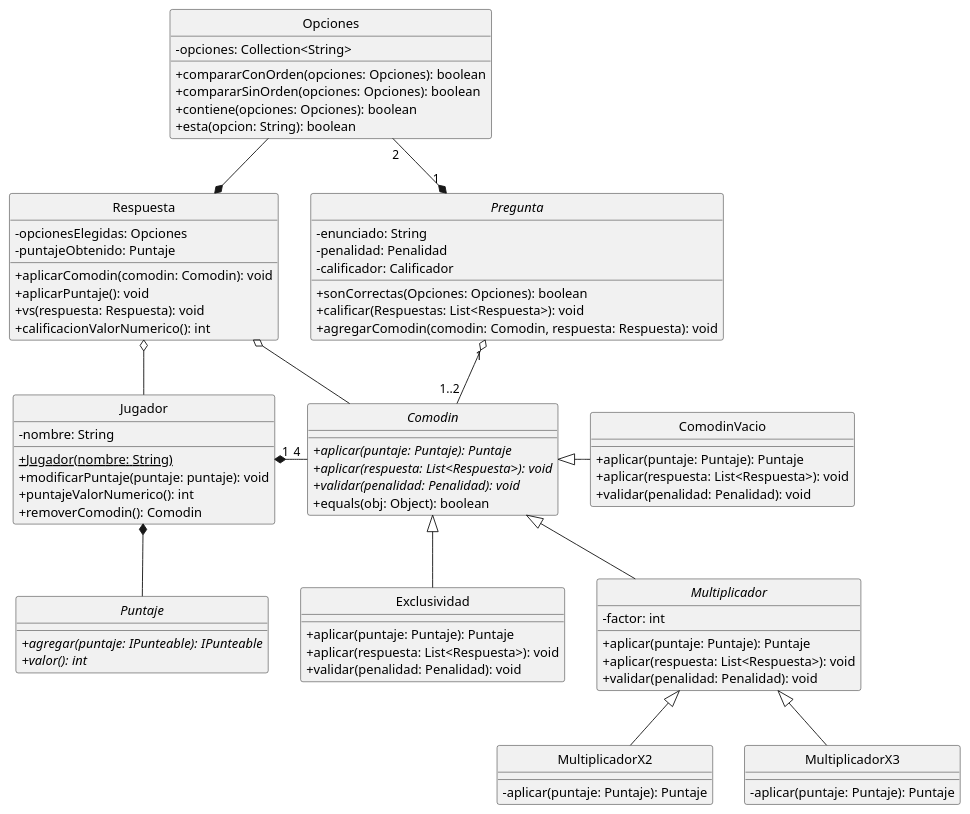
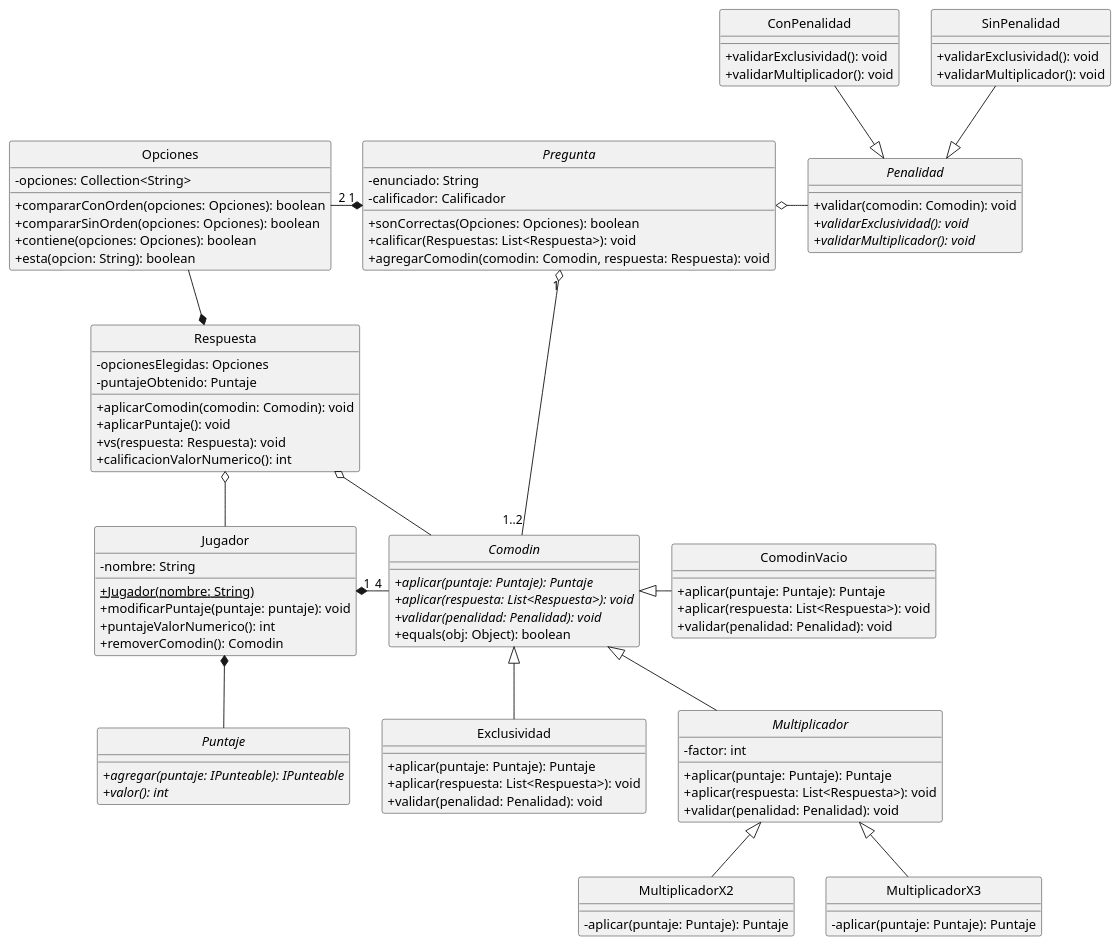
One commit to Alex1161/TP2 changed the diagram in src/main/java/edu/fiuba/algo3/Diagramas/puml/Comodines.puml. Above: the diagram before and after it, drawn with PlantUML.

Commit message:
Diagrama de clases de comodines terminado

```diff
--- a/src/main/java/edu/fiuba/algo3/Diagramas/puml/Comodines.puml
+++ b/src/main/java/edu/fiuba/algo3/Diagramas/puml/Comodines.puml
@@ -1,95 +1,115 @@
 @startuml
 hide circle
 skinparam classAttributeIconSize 0
 
 'Clases
 Class Opciones{
     -opciones: Collection<String>
     +compararConOrden(opciones: Opciones): boolean
     +compararSinOrden(opciones: Opciones): boolean
     +contiene(opciones: Opciones): boolean
     +esta(opcion: String): boolean
 }
 
 Abstract Class Pregunta{
     -enunciado: String
-    -penalidad: Penalidad
     -calificador: Calificador
     +sonCorrectas(Opciones: Opciones): boolean
     +calificar(Respuestas: List<Respuesta>): void
     +agregarComodin(comodin: Comodin, respuesta: Respuesta): void
 }
 
 Class Respuesta{
     -opcionesElegidas: Opciones
     -puntajeObtenido: Puntaje
     +aplicarComodin(comodin: Comodin): void
     +aplicarPuntaje(): void
     +vs(respuesta: Respuesta): void
     +calificacionValorNumerico(): int
 }
 
 Class Jugador{
     -nombre: String
     +{Static}Jugador(nombre: String)
     +modificarPuntaje(puntaje: puntaje): void
     +puntajeValorNumerico(): int
     +removerComodin(): Comodin
 }
 
 Interface Puntaje{
     +{abstract}agregar(puntaje: IPunteable): IPunteable
     +{abstract}valor(): int
 }
 
 Abstract Multiplicador{
     -factor: int
     +aplicar(puntaje: Puntaje): Puntaje
     +aplicar(respuesta: List<Respuesta>): void
     +validar(penalidad: Penalidad): void
 }
 
 Abstract Class Comodin{
     +{abstract}aplicar(puntaje: Puntaje): Puntaje
     +{abstract}aplicar(respuesta: List<Respuesta>): void
     +{abstract}validar(penalidad: Penalidad): void
     +equals(obj: Object): boolean
 }
 
 Class ComodinVacio{
     +aplicar(puntaje: Puntaje): Puntaje
     +aplicar(respuesta: List<Respuesta>): void
     +validar(penalidad: Penalidad): void
 }
 
 Class Exclusividad{
     +aplicar(puntaje: Puntaje): Puntaje
     +aplicar(respuesta: List<Respuesta>): void
     +validar(penalidad: Penalidad): void
 }
 
 Class MultiplicadorX2{
     -aplicar(puntaje: Puntaje): Puntaje
 }
 
 Class MultiplicadorX3{
     -aplicar(puntaje: Puntaje): Puntaje
 }
 
+Abstract Class Penalidad{
+    +validar(comodin: Comodin): void
+    +{abstract}validarExclusividad(): void
+    +{abstract}validarMultiplicador(): void
+}
+
+Class ConPenalidad{
+    +validarExclusividad(): void
+    +validarMultiplicador(): void
+}
+
+Class SinPenalidad{
+    +validarExclusividad(): void
+    +validarMultiplicador(): void
+}
+
 'Relaciones
 Respuesta o-- Jugador
+Respuesta *-up- Opciones
+Respuesta o-- Comodin
+
 Pregunta "1" *-left- "2" Opciones
 Pregunta "1" o-- "1..2" Comodin
-Respuesta *-up- Opciones
-Respuesta o-- Comodin
+Pregunta o-right- Penalidad
+
+ConPenalidad --|> Penalidad
+SinPenalidad --|> Penalidad
 
 Jugador *-- Puntaje
 
 Jugador "1" *-right- "4" Comodin
 Multiplicador -up-|> Comodin
 Exclusividad -up-|> Comodin
 MultiplicadorX2 -up-|> Multiplicador
 MultiplicadorX3 -up-|> Multiplicador
 ComodinVacio -left-|> Comodin
 
 @enduml
```
